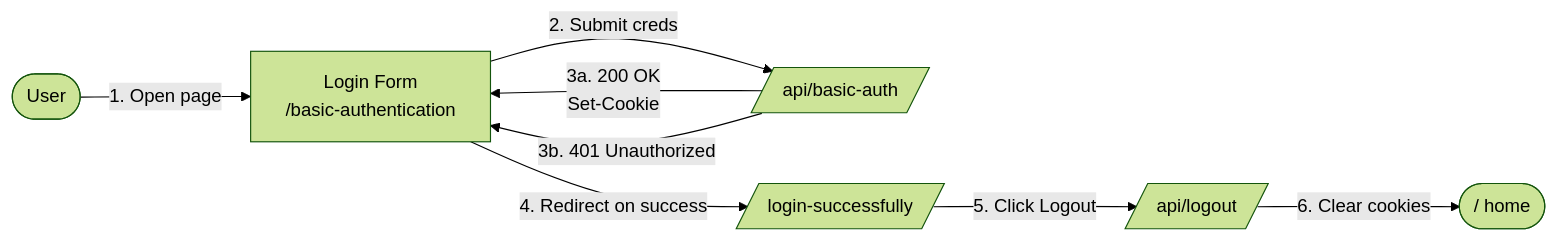
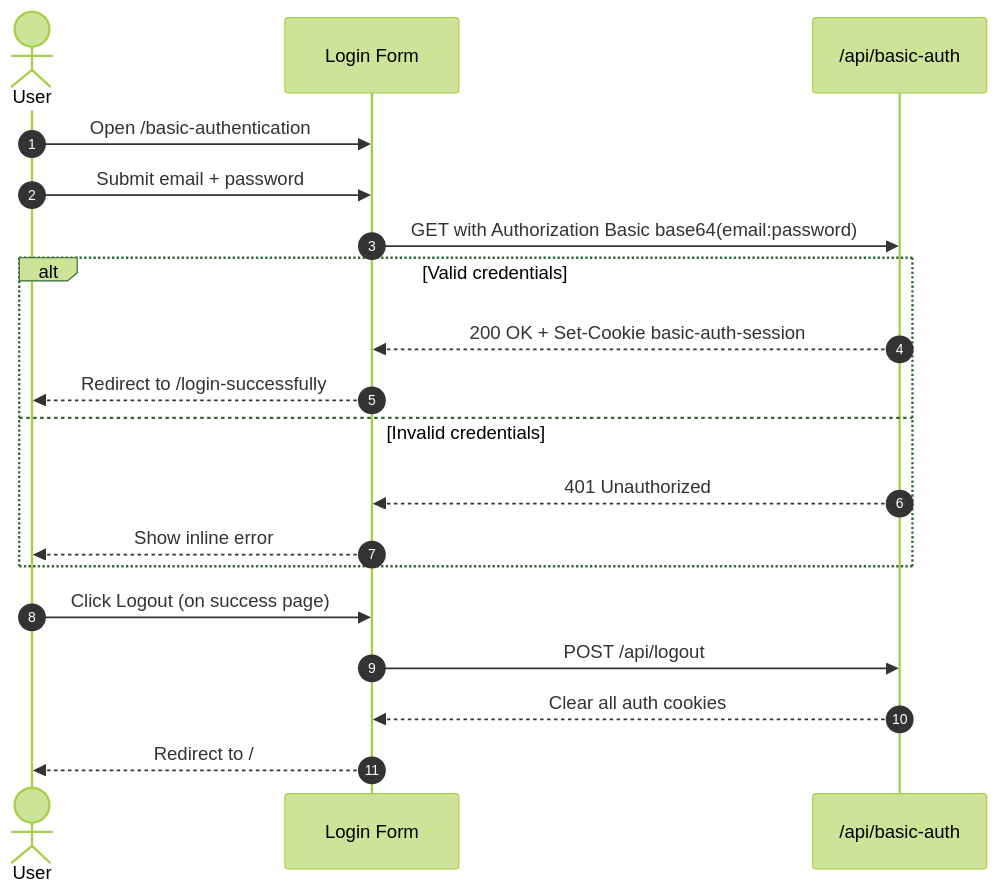
Before and after one commit to AQuoc98/authentication-flow: the first of 3 diagrams in flow-description.md, drawn with Mermaid (forest theme). The commit also changed other lines of this file and 9 other files, not shown here.

Commit message:
feat: implement token-based authentication flow with login, logout, and user verification

````diff
--- a/flow-description.md
+++ b/flow-description.md
@@ -35,10 +35,24 @@
 ```mermaid
-flowchart LR
-    U([User]) -->|1. Open page| F[Login Form<br/>/basic-authentication]
-    F -->|2. Submit creds| API[/api/basic-auth/]
-    API -->|3a. 200 OK<br/>Set-Cookie| F
-    API -->|3b. 401 Unauthorized| F
-    F -->|4. Redirect on success| P[/login-successfully/]
-    P -->|5. Click Logout| OUT[/api/logout/]
-    OUT -->|6. Clear cookies| H([/ home])
+sequenceDiagram
+    autonumber
+    actor User
+    participant Form as Login Form
+    participant API as /api/basic-auth
+
+    User->>Form: Open /basic-authentication
+    User->>Form: Submit email + password
+    Form->>API: GET with Authorization Basic base64(email:password)
+
+    alt Valid credentials
+        API-->>Form: 200 OK + Set-Cookie basic-auth-session
+        Form-->>User: Redirect to /login-successfully
+    else Invalid credentials
+        API-->>Form: 401 Unauthorized
+        Form-->>User: Show inline error
+    end
+
+    User->>Form: Click Logout (on success page)
+    Form->>API: POST /api/logout
+    API-->>Form: Clear all auth cookies
+    Form-->>User: Redirect to /
 ```
````
